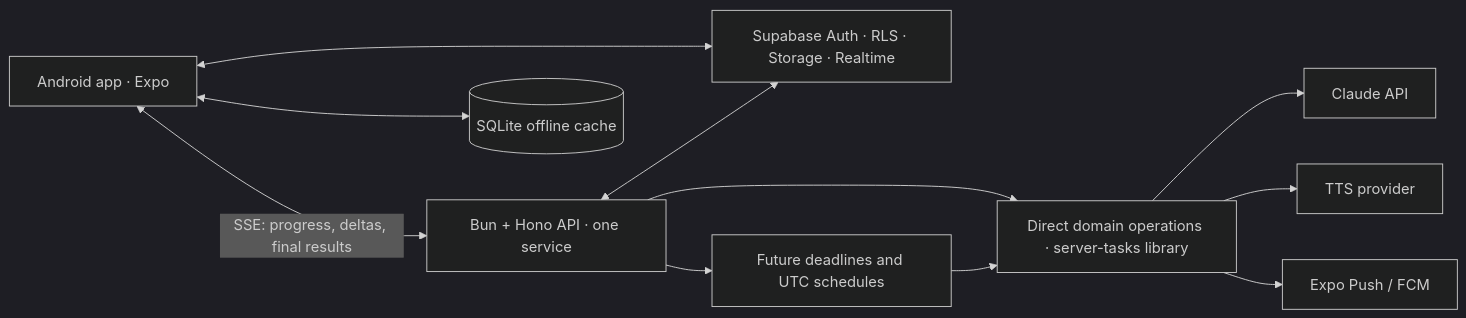
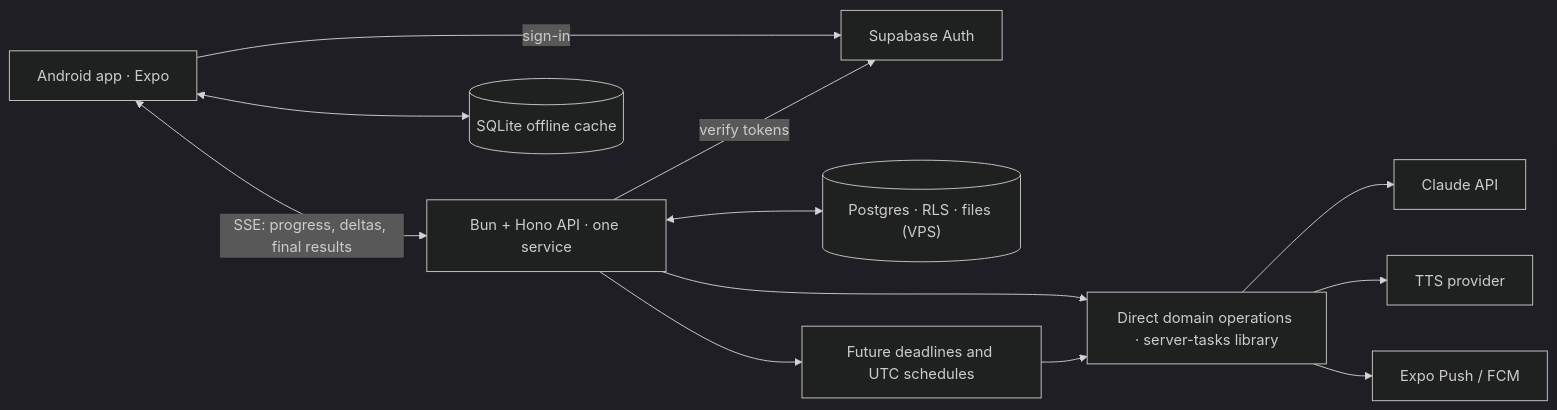
Before and after one commit to mariajunqueiramirandas-cpu/Studify: the first of 3 diagrams in docs/engineering/architecture.md, drawn with Mermaid (dark theme). The commit also changed other lines of this file and 72 other files, not shown here.

````diff
--- a/docs/engineering/architecture.md
+++ b/docs/engineering/architecture.md
@@ -13,13 +13,14 @@
 ```mermaid
 flowchart LR
   App["Android app · Expo"] <-->|"SSE: progress, deltas, final results"| API["Bun + Hono API · one service"]
   App <--> LocalDB[(SQLite offline cache)]
-  App <--> Supabase["Supabase Auth · RLS · Storage · Realtime"]
-  API <--> Supabase
+  App -->|"sign-in"| Auth["Supabase Auth"]
+  API -->|"verify tokens"| Auth
+  API <--> PG[("Postgres · RLS · files (VPS)")]
   API --> Tasks["Direct domain operations · server-tasks library"]
   Tasks --> Claude["Claude API"]
   Tasks --> TTS["TTS provider"]
   Tasks --> Push["Expo Push / FCM"]
   API --> Calendar["Future deadlines and UTC schedules"]
   Calendar --> Tasks
 ```
````
